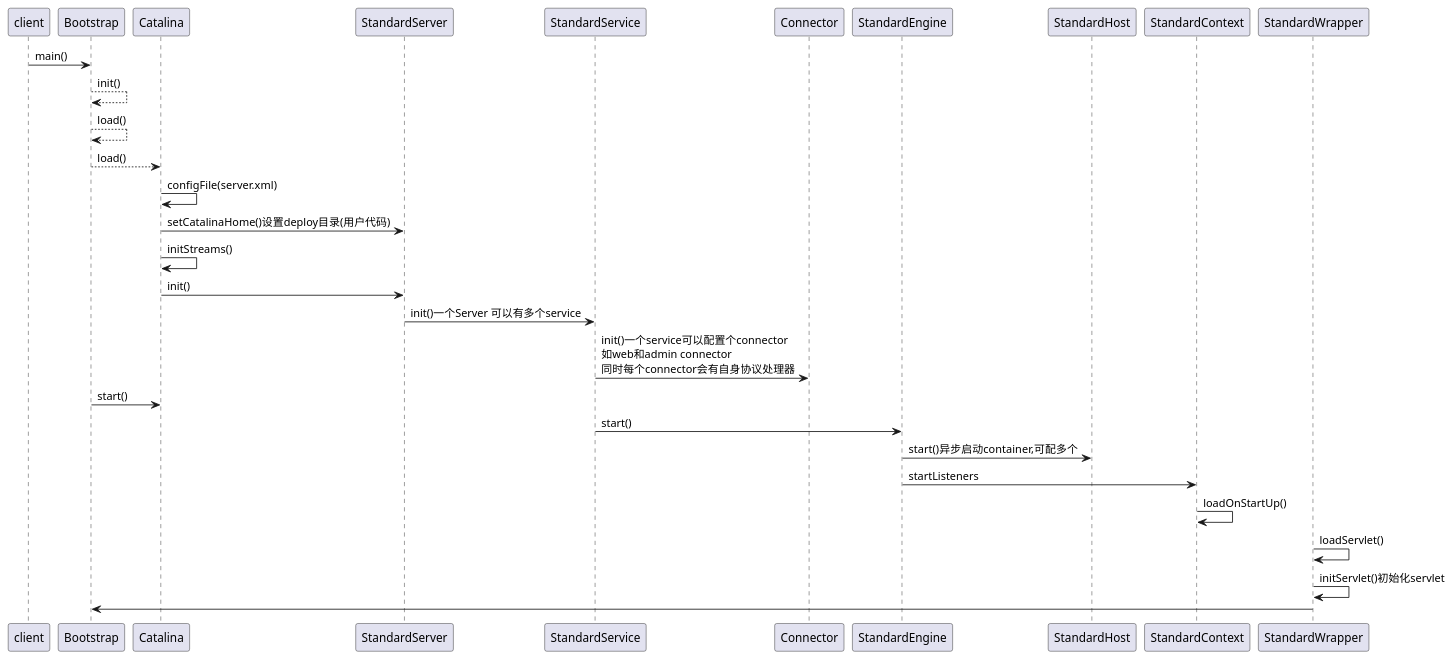
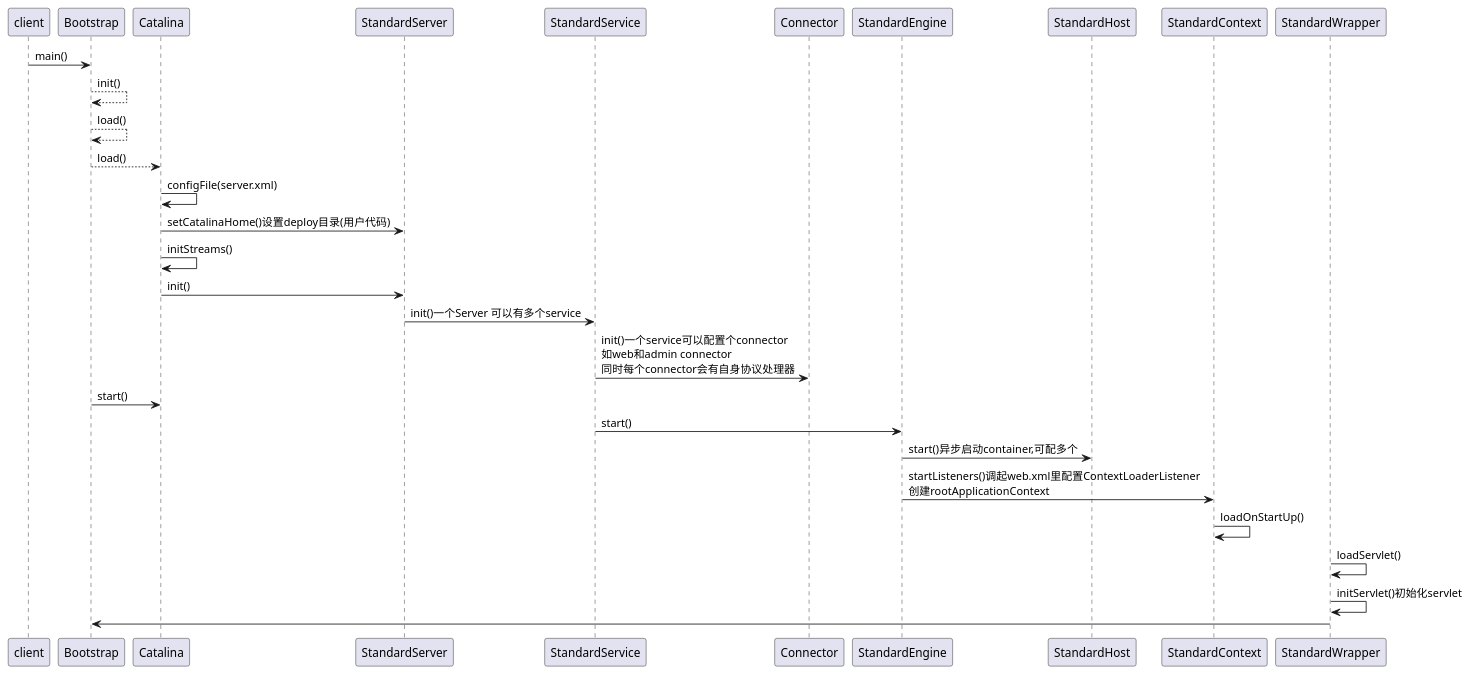
One commit to evefost/spring-src-study3 changed the diagram in spring-mvc-src/doc/tomcat-start.puml. Above: the diagram before and after it, drawn with PlantUML.

Commit message:
完善spring-mvc 文档

```diff
--- a/spring-mvc-src/doc/tomcat-start.puml
+++ b/spring-mvc-src/doc/tomcat-start.puml
@@ -1,20 +1,20 @@
 @startuml
 client -> Bootstrap: main()
 Bootstrap --> Bootstrap: init()
 Bootstrap --> Bootstrap:load()
 Bootstrap -->Catalina:load()
 Catalina->Catalina:configFile(server.xml)
 Catalina->StandardServer:setCatalinaHome()设置deploy目录(用户代码)
 Catalina->Catalina:initStreams()
 Catalina->StandardServer:init()
 StandardServer->StandardService:init()一个Server 可以有多个service
 StandardService->Connector:init()一个service可以配置个connector\n如web和admin connector\n同时每个connector会有自身协议处理器
 Bootstrap -> Catalina:start()
 StandardService->StandardEngine:start()
 StandardEngine->StandardHost:start()异步启动container,可配多个
-StandardEngine->StandardContext:startListeners
+StandardEngine->StandardContext:startListeners()调起web.xml里配置ContextLoaderListener\n创建rootApplicationContext
 StandardContext->StandardContext:loadOnStartUp()
 StandardWrapper->StandardWrapper:loadServlet()
 StandardWrapper->StandardWrapper:initServlet()初始化servlet
 StandardWrapper->Bootstrap:
 @enduml
```
